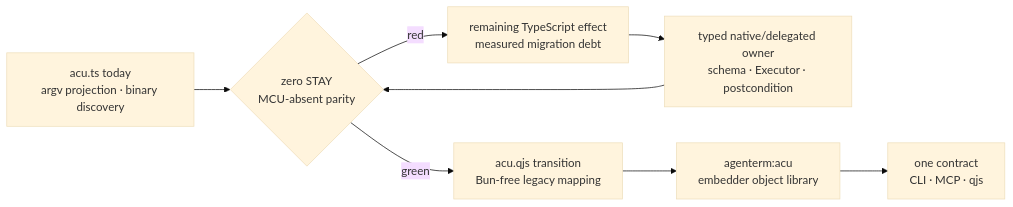
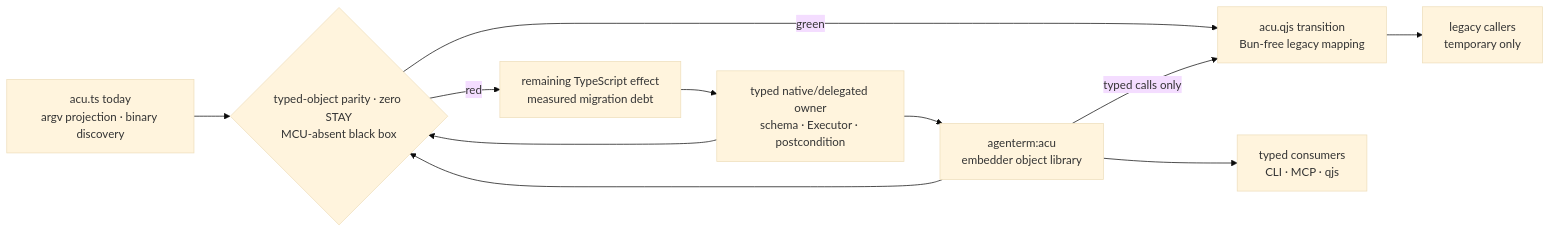
The first of 9 diagrams in prd/PRD_02_28_agenterm_cu.md (partnernetsoftware/agenterm), drawn with Mermaid (base theme) before and after one commit. The commit also changed other lines of this file and 2 other files, not shown here.

Commit message:
prd: order ACU embedder convergence

````diff
--- a/prd/PRD_02_28_agenterm_cu.md
+++ b/prd/PRD_02_28_agenterm_cu.md
@@ -107,14 +109,18 @@
   ```mermaid
   flowchart LR
     TS["acu.ts today<br/>argv projection · binary discovery"]
     OWNER["typed native/delegated owner<br/>schema · Executor · postcondition"]
-    GATE{"zero STAY<br/>MCU-absent parity"}
+    OBJ["agenterm:acu<br/>embedder object library"]
+    GATE{"typed-object parity · zero STAY<br/>MCU-absent black box"}
     QJS["acu.qjs transition<br/>Bun-free legacy mapping"]
-    OBJ["agenterm:acu<br/>embedder object library"]
-    USERS["one contract<br/>CLI · MCP · qjs"]
+    USERS["typed consumers<br/>CLI · MCP · qjs"]
+    LEGACY["legacy callers<br/>temporary only"]
     DEBT["remaining TypeScript effect<br/>measured migration debt"]
+    OWNER --> OBJ --> USERS
     TS --> GATE
     OWNER --> GATE
+    OBJ --> GATE
     GATE -->|red| DEBT --> OWNER
-    GATE -->|green| QJS --> OBJ --> USERS
+    GATE -->|green| QJS --> LEGACY
+    OBJ -->|typed calls only| QJS
   ```
````
